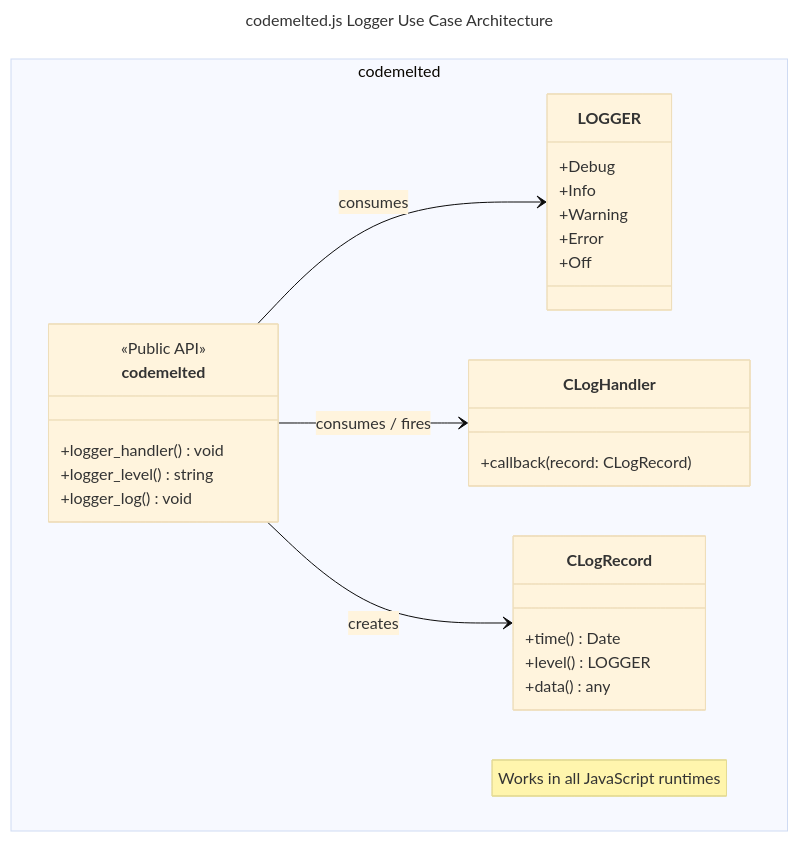
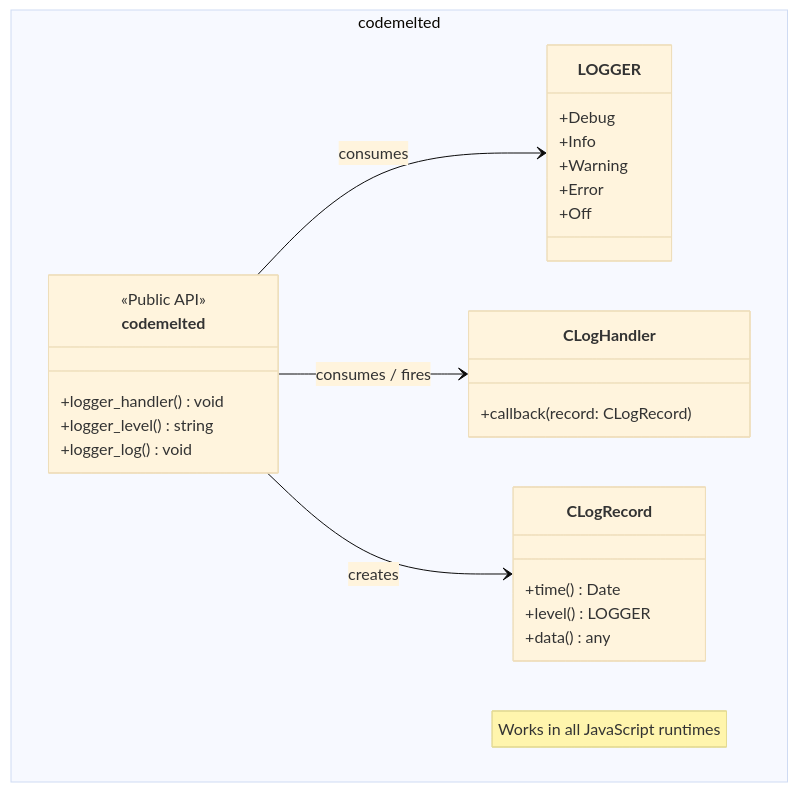
One commit to CodeMelted/codemelted.js changed the diagram in docs/models/logger_usecase.mmd. Above: the diagram before and after it, drawn with Mermaid (base theme). The commit also changed 116 other files, not shown here.

```diff
--- a/docs/models/logger_usecase.mmd
+++ b/docs/models/logger_usecase.mmd
@@ -1,32 +1,29 @@
----
-title: codemelted.js Logger Use Case Architecture
----
 classDiagram
   namespace codemelted_ns["codemelted"] {
     class LOGGER {
       +Debug
       +Info
       +Warning
       +Error
       +Off
     }
     class CLogHandler {
       +callback(record: CLogRecord)
     }
     class CLogRecord {
       +time() Date
       +level() LOGGER
       +data() any
     }
 
     class codemelted {
       <<Public API>>
       +logger_handler() void
       +logger_level() string
       +logger_log() void
     }
     note "Works in all JavaScript runtimes"
   }
   codemelted --> LOGGER: consumes
   codemelted --> CLogHandler: consumes / fires
   codemelted --> CLogRecord: creates
```
